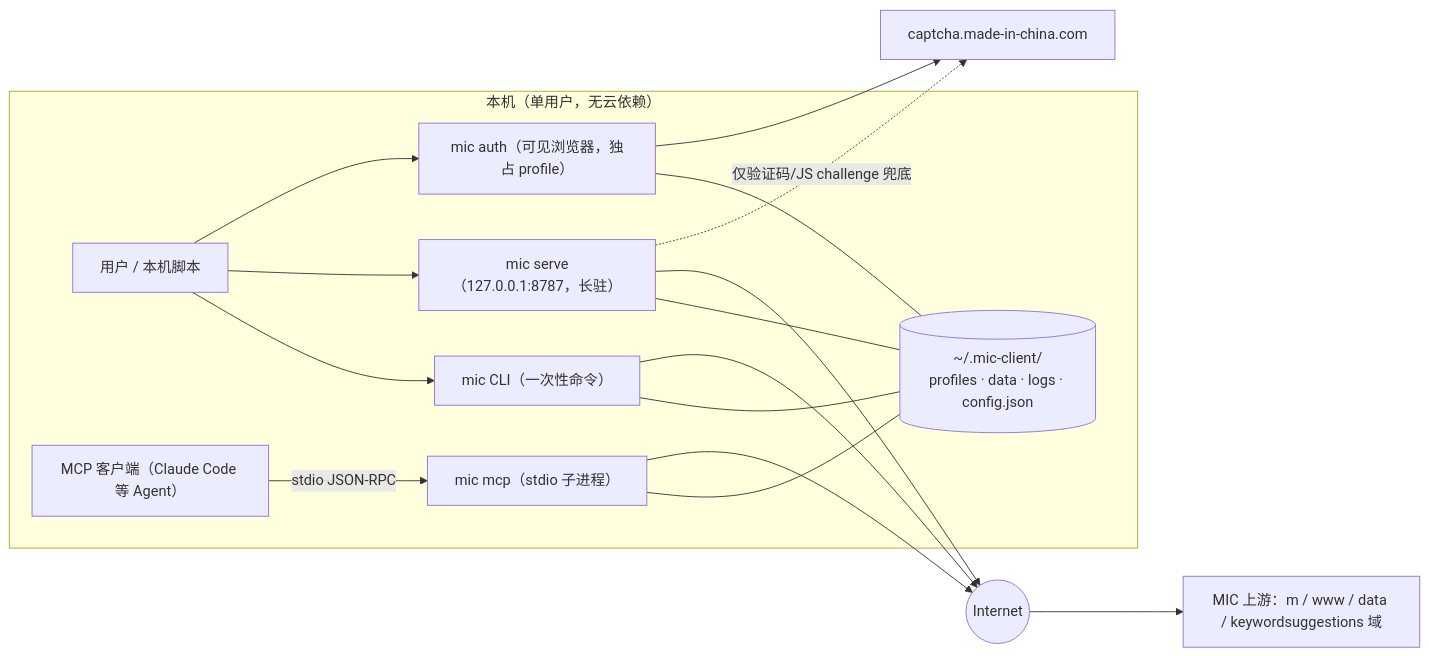
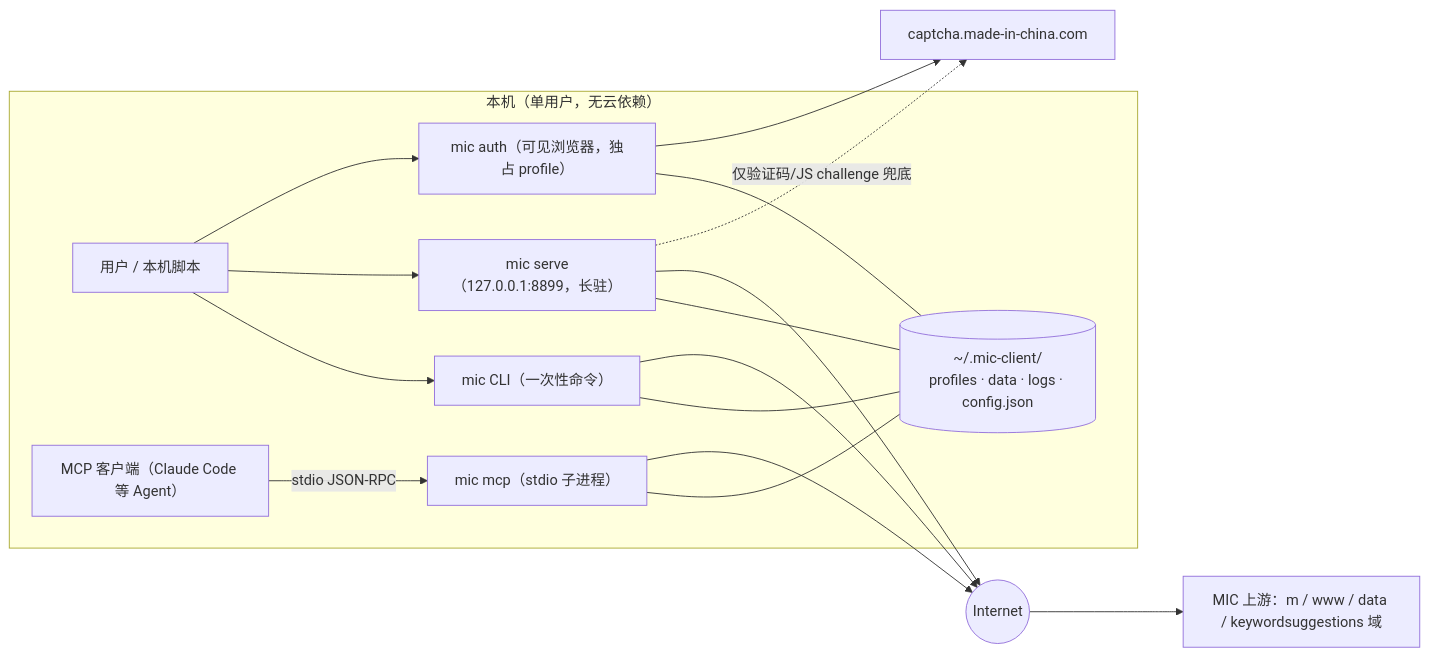
One commit to CindyRIng/mic-client changed the ninth of 11 diagrams in docs/02-architecture.md. Above: the diagram before and after it, drawn with Mermaid. The commit also changed other lines of this file and 19 other files, not shown here.

````diff
--- a/docs/02-architecture.md
+++ b/docs/02-architecture.md
@@ -788,29 +788,29 @@
 ```mermaid
 flowchart LR
   subgraph HOST["本机（单用户，无云依赖）"]
     U["用户 / 本机脚本"]
     AG["MCP 客户端（Claude Code 等 Agent）"]
     CLI2["mic CLI（一次性命令）"]
-    REST2["mic serve（127.0.0.1:8787，长驻）"]
+    REST2["mic serve（127.0.0.1:8899，长驻）"]
     MCP2["mic mcp（stdio 子进程）"]
     AUTH2["mic auth（可见浏览器，独占 profile）"]
     STATE[("~/.mic-client/<br/>profiles · data · logs · config.json")]
   end
   NET(("Internet"))
   MUP["MIC 上游：m / www / data / keywordsuggestions 域"]
   CAP["captcha.made-in-china.com"]
   U --> CLI2
   U --> REST2
   U --> AUTH2
   AG -->|"stdio JSON-RPC"| MCP2
   CLI2 --- STATE
   REST2 --- STATE
   MCP2 --- STATE
   AUTH2 --- STATE
   CLI2 --> NET
   REST2 --> NET
   MCP2 --> NET
   NET --> MUP
   AUTH2 --> CAP
   REST2 -.->|"仅验证码/JS challenge 兜底"| CAP
 ```
````
